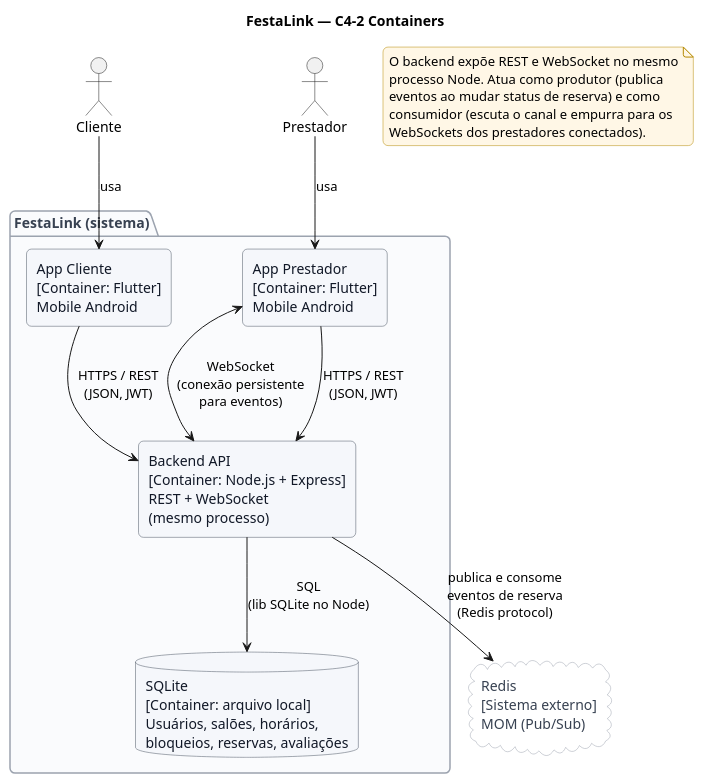
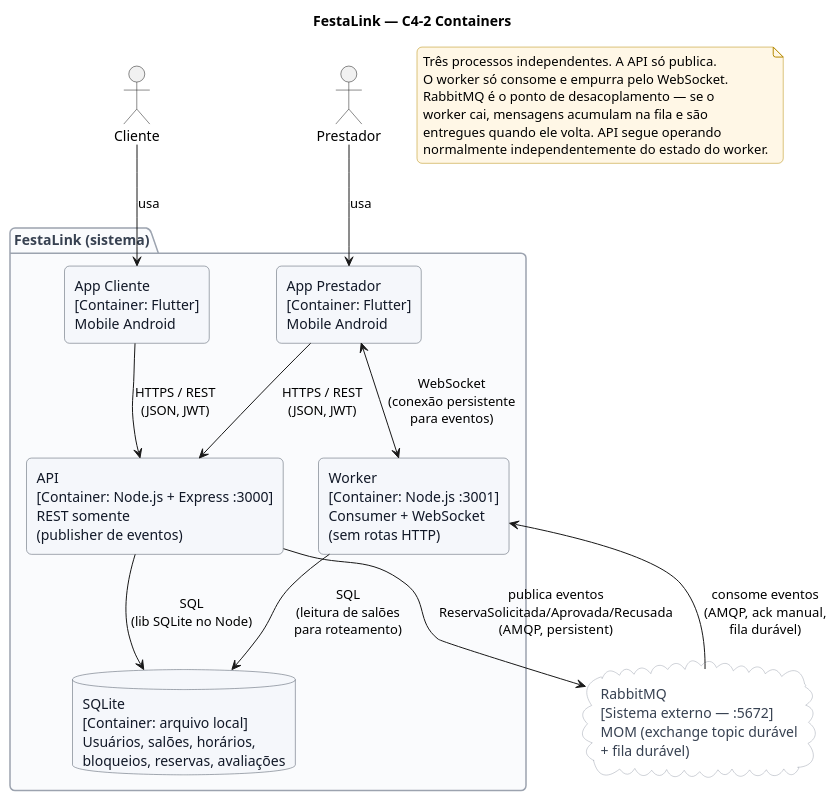
One commit to MiguelMagCastro/festalink_app changed the diagram in docs/diagrams/07-c4-2-containers.puml. Above: the diagram before and after it, drawn with PlantUML. The commit also changed 9 other files, not shown here.

Commit message:
docs(diagramas): atualiza puml e png para rabbitmq e split api/worker

```diff
--- a/docs/diagrams/07-c4-2-containers.puml
+++ b/docs/diagrams/07-c4-2-containers.puml
@@ -1,63 +1,67 @@
 @startuml
 title FestaLink — C4-2 Containers
 
 skinparam backgroundColor #FFFFFF
 skinparam shadowing false
 skinparam roundCorner 10
 skinparam defaultFontName "Helvetica"
 skinparam rectangle {
   BackgroundColor #F5F7FB
   BorderColor #4B5563
   FontColor #111827
 }
 skinparam database {
   BackgroundColor #F5F7FB
   BorderColor #4B5563
   FontColor #111827
 }
 skinparam cloud {
   BackgroundColor #FFFFFF
   BorderColor #9CA3AF
   FontColor #374151
 }
 skinparam package {
   BackgroundColor #FAFBFD
   BorderColor #9CA3AF
   FontColor #374151
 }
 skinparam note {
   BackgroundColor #FFF7E6
   BorderColor #B58900
 }
 
 actor "Cliente" as cli
 actor "Prestador" as pres
 
 package "FestaLink (sistema)" {
   rectangle "App Cliente\n[Container: Flutter]\nMobile Android" as appCli
   rectangle "App Prestador\n[Container: Flutter]\nMobile Android" as appPres
-  rectangle "Backend API\n[Container: Node.js + Express]\nREST + WebSocket\n(mesmo processo)" as api
+  rectangle "API\n[Container: Node.js + Express :3000]\nREST somente\n(publisher de eventos)" as api
+  rectangle "Worker\n[Container: Node.js :3001]\nConsumer + WebSocket\n(sem rotas HTTP)" as worker
   database "SQLite\n[Container: arquivo local]\nUsuários, salões, horários,\nbloqueios, reservas, avaliações" as db
 }
 
-cloud "Redis\n[Sistema externo]\nMOM (Pub/Sub)" as redis
+cloud "RabbitMQ\n[Sistema externo — :5672]\nMOM (exchange topic durável\n+ fila durável)" as rabbit
 
 cli --> appCli : usa
 pres --> appPres : usa
 
 appCli --> api : HTTPS / REST\n(JSON, JWT)
 appPres --> api : HTTPS / REST\n(JSON, JWT)
-appPres <--> api : WebSocket\n(conexão persistente\npara eventos)
+appPres <--> worker : WebSocket\n(conexão persistente\npara eventos)
 
 api --> db : SQL\n(lib SQLite no Node)
-api --> redis : publica e consome\neventos de reserva\n(Redis protocol)
+worker --> db : SQL\n(leitura de salões\npara roteamento)
+api --> rabbit : publica eventos\nReservaSolicitada/Aprovada/Recusada\n(AMQP, persistent)
+worker <-- rabbit : consome eventos\n(AMQP, ack manual,\nfila durável)
 
 note as N1
-  O backend expõe REST e WebSocket no mesmo
-  processo Node. Atua como produtor (publica
-  eventos ao mudar status de reserva) e como
-  consumidor (escuta o canal e empurra para os
-  WebSockets dos prestadores conectados).
+  Três processos independentes. A API só publica.
+  O worker só consome e empurra pelo WebSocket.
+  RabbitMQ é o ponto de desacoplamento — se o
+  worker cai, mensagens acumulam na fila e são
+  entregues quando ele volta. API segue operando
+  normalmente independentemente do estado do worker.
 end note
 
 @enduml
```
